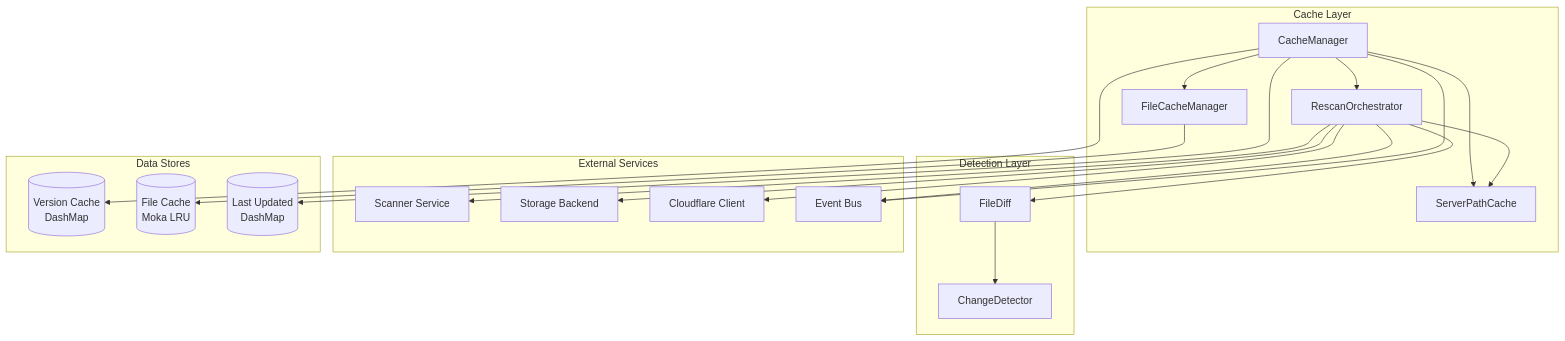
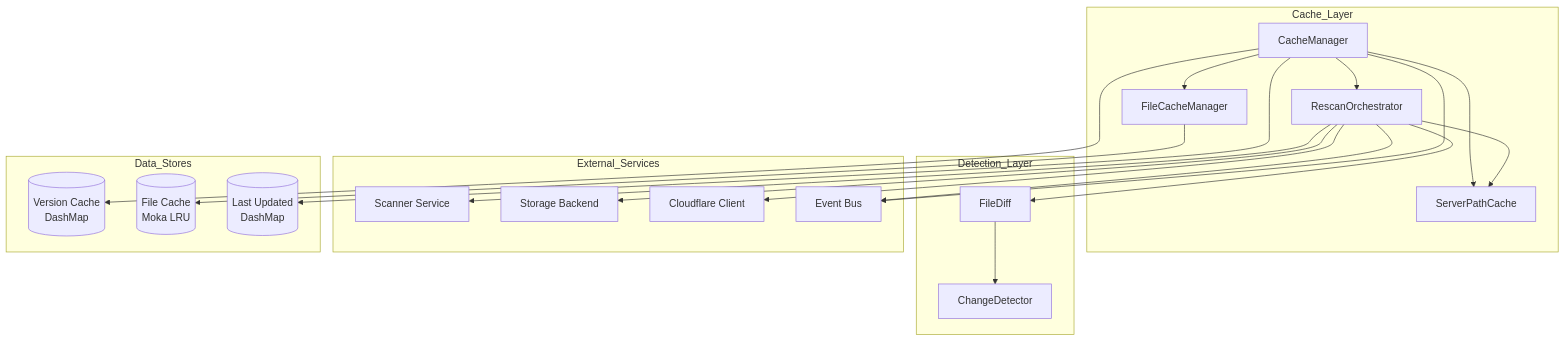
The first of 3 diagrams in crates/cache/docs/architecture.md (Lighty-Launcher/LightyUpdater), drawn with Mermaid before and after one commit. The commit also changed 31 other files, not shown here.

Commit message:
edit mermaid in docs

````diff
--- a/crates/cache/docs/architecture.md
+++ b/crates/cache/docs/architecture.md
@@ -9,46 +9,46 @@
 ```mermaid
 graph TB
-    subgraph "Cache Layer"
+    subgraph Cache_Layer
         CM[CacheManager]
         FCM[FileCacheManager]
         RO[RescanOrchestrator]
         SPC[ServerPathCache]
     end
 
-    subgraph "Detection Layer"
+    subgraph Detection_Layer
         FD[FileDiff]
         CD[ChangeDetector]
     end
 
-    subgraph "External Services"
+    subgraph External_Services
         Scanner[Scanner Service]
         Storage[Storage Backend]
         CF[Cloudflare Client]
         Events[Event Bus]
     end
 
-    subgraph "Data Stores"
+    subgraph Data_Stores
         VCache[(Version Cache<br/>DashMap)]
         FCache[(File Cache<br/>Moka LRU)]
         LastUpdate[(Last Updated<br/>DashMap)]
     end
 
     CM --> FCM
     CM --> RO
     CM --> SPC
     CM --> VCache
     CM --> LastUpdate
 
     RO --> FD
     RO --> Scanner
     RO --> Storage
     RO --> CF
     RO --> Events
     RO --> SPC
 
     FCM --> FCache
 
     FD --> CD
 
     CM --> Events
 ```
````
